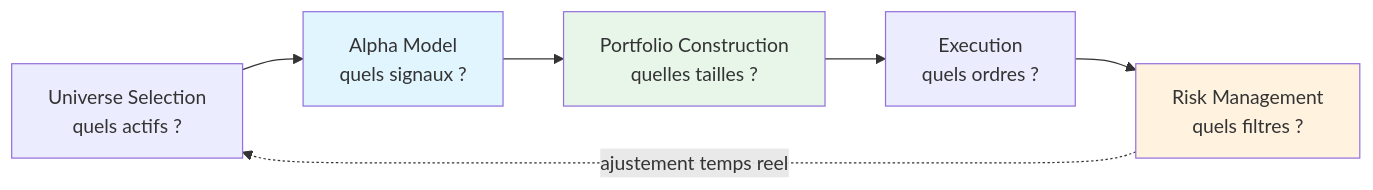
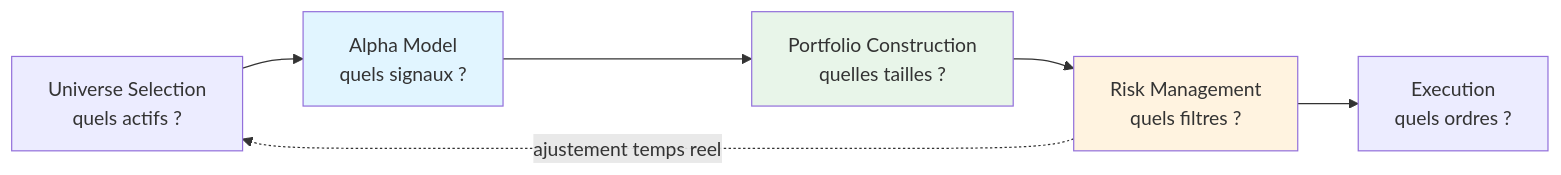
One commit to jsboige/CoursIA changed the first of 3 diagrams in MyIA.AI.Notebooks/QuantConnect/README.md. Above: the diagram before and after it, drawn with Mermaid. The commit also changed other lines of this file, not shown here.

Commit message:
fix(qc,#11044): ordre LEAN Algorithm Framework - Risk avant Execution
Le mermaid Phase 4 et 3 mentions prose montraient PC -> Execution ->
Risk ; l'architecture officielle LEAN place le Risk Management en
filtrage des portfolio targets AVANT l'Execution (question user #4379,
jamais traitee). Mermaid reordre (PC -> RM -> E), styles renommes,
prose l.110/l.124/l.464 alignees.

Grain: LIGHT/docs - lane myia-po-2026:CoursIA - prev: LIGHT/docs #11053

````diff
--- a/MyIA.AI.Notebooks/QuantConnect/README.md
+++ b/MyIA.AI.Notebooks/QuantConnect/README.md
@@ -114,11 +114,11 @@
 ```mermaid
 flowchart LR
     U["Universe Selection<br/>quels actifs ?"] --> A["Alpha Model<br/>quels signaux ?"]
     A --> PC["Portfolio Construction<br/>quelles tailles ?"]
-    PC --> E["Execution<br/>quels ordres ?"]
-    E --> R["Risk Management<br/>quels filtres ?"]
-    R -. "ajustement temps reel" .-> U
+    PC --> RM["Risk Management<br/>quels filtres ?"]
+    RM --> E["Execution<br/>quels ordres ?"]
+    RM -. "ajustement temps reel" .-> U
     style A fill:#e1f5ff
     style PC fill:#e8f5e9
-    style R fill:#fff3e0
+    style RM fill:#fff3e0
 ```
````
